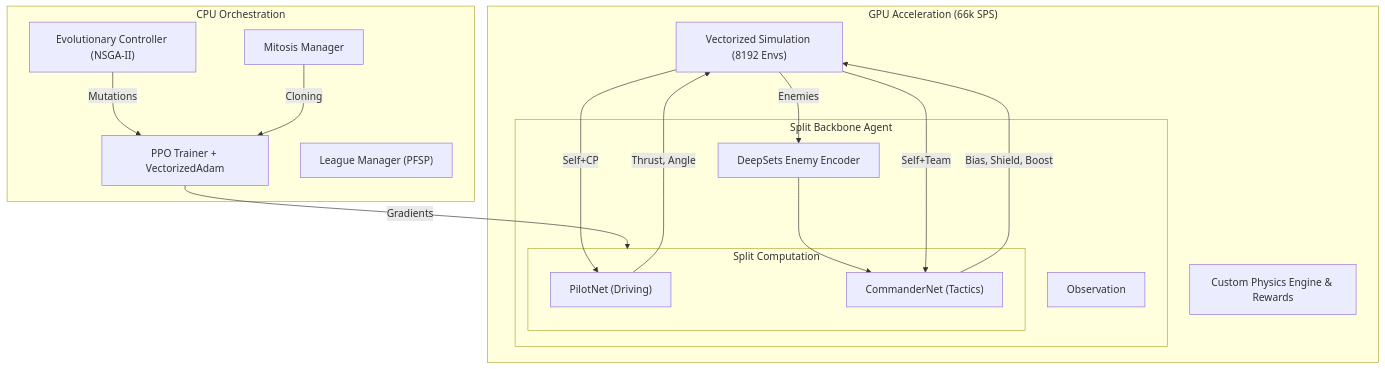
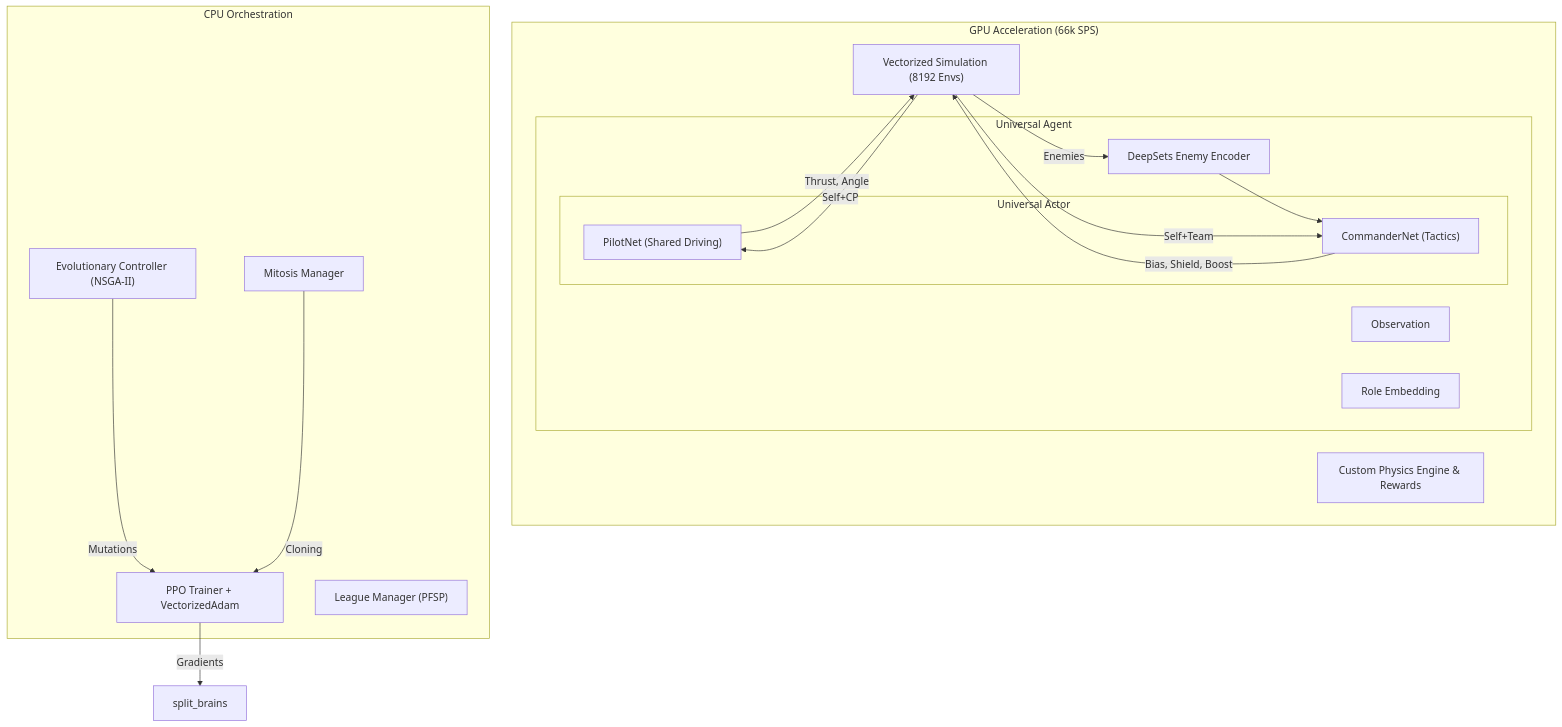
One commit to Vietnoirien/Sebulba-s-Legacy changed the diagram in README.md. Above: the diagram before and after it, drawn with Mermaid. The commit also changed other lines of this file and 2 other files, not shown here.

Commit message:
feat: Introduce universal actor architecture with role embeddings and add optional performance profiling via launcher.

````diff
--- a/README.md
+++ b/README.md
@@ -92,37 +90,38 @@
 ```mermaid
 graph TD
     subgraph GPU_ACC ["GPU Acceleration (66k SPS)"]
         sim_vec["Vectorized Simulation (8192 Envs)"]
         physics_eng["Custom Physics Engine & Rewards"]
         
-        subgraph agent_model ["Split Backbone Agent"]
+        subgraph agent_model ["Universal Agent"]
             obs_input["Observation"]
+            role_emb["Role Embedding"]
             
-            subgraph split_brains ["Split Computation"]
-                pilot_net["PilotNet (Driving)"]
+            subgraph unified_brain ["Universal Actor"]
+                pilot_net["PilotNet (Shared Driving)"]
                 commander_net["CommanderNet (Tactics)"]
             end
             
             enemy_encoder["DeepSets Enemy Encoder"]
         end
     end
     
     subgraph CPU_ORCH ["CPU Orchestration"]
         ppo_trainer["PPO Trainer + VectorizedAdam"]
         ga_ctrl["Evolutionary Controller (NSGA-II)"]
         league_mgr["League Manager (PFSP)"]
         mitosis_mgr["Mitosis Manager"]
     end
     
     sim_vec -- "Self+CP" --> pilot_net
     sim_vec -- "Enemies" --> enemy_encoder 
     enemy_encoder --> commander_net
     sim_vec -- "Self+Team" --> commander_net
     
     pilot_net -- "Thrust, Angle" --> sim_vec
     commander_net -- "Bias, Shield, Boost" --> sim_vec
     
     ppo_trainer -- "Gradients" --> split_brains
     ga_ctrl -- "Mutations" --> ppo_trainer
     mitosis_mgr -- "Cloning" --> ppo_trainer
 ```
````
